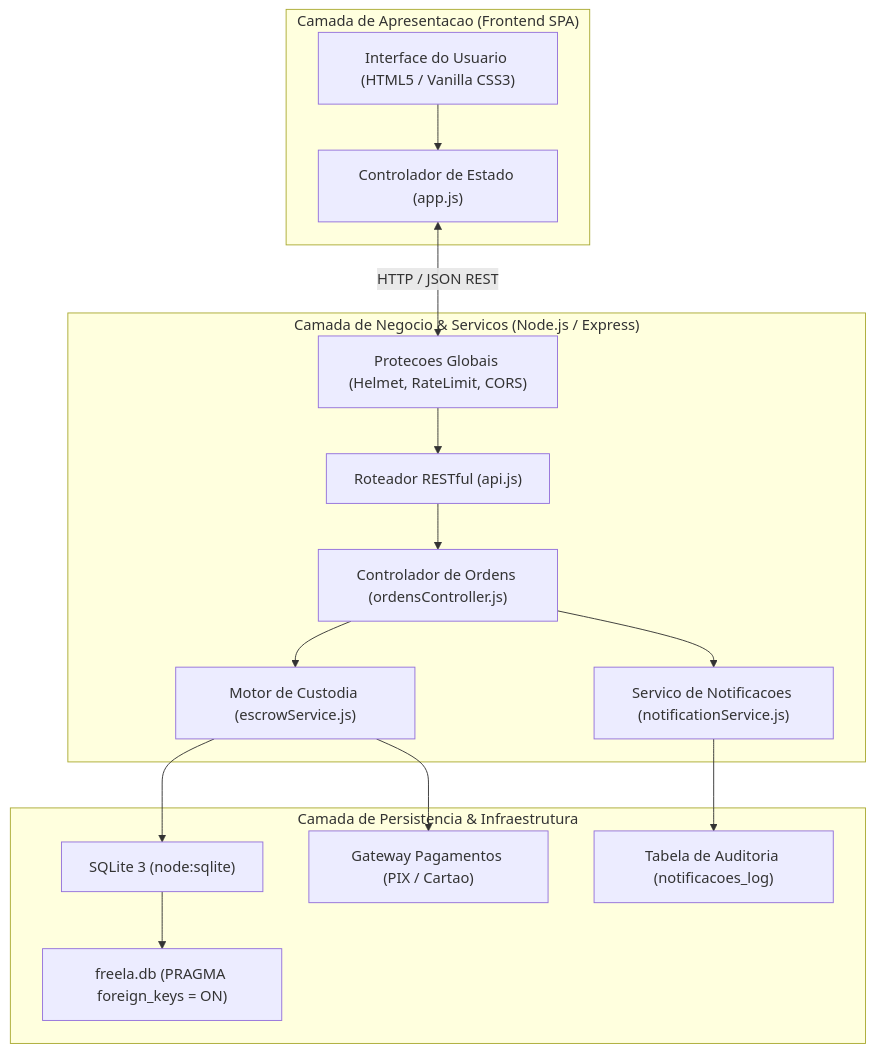
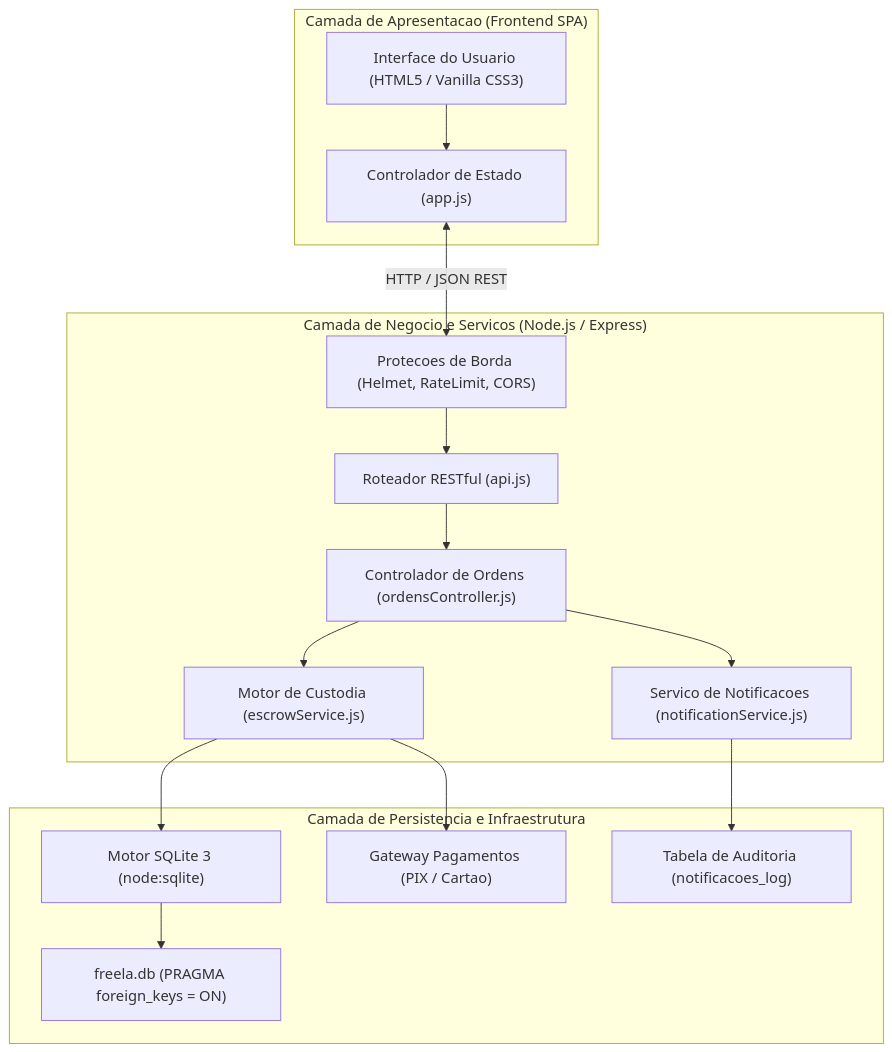
One commit to ViniMSimoes/freela changed the diagram in docs/manual-tecnico-parcial.md. Above: the diagram before and after it, drawn with Mermaid. The commit also changed other lines of this file and 3 other files, not shown here.

````diff
--- a/docs/manual-tecnico-parcial.md
+++ b/docs/manual-tecnico-parcial.md
@@ -32,35 +40,35 @@
 ```mermaid
 flowchart TD
     subgraph Apresentacao ["Camada de Apresentacao (Frontend SPA)"]
         UI["Interface do Usuario (HTML5 / Vanilla CSS3)"]
         StateController["Controlador de Estado (app.js)"]
         UI --> StateController
     end
 
-    subgraph Backend ["Camada de Negocio & Servicos (Node.js / Express)"]
-        Security["Protecoes Globais (Helmet, RateLimit, CORS)"]
+    subgraph Backend ["Camada de Negocio e Servicos (Node.js / Express)"]
+        Security["Protecoes de Borda (Helmet, RateLimit, CORS)"]
         APIRoutes["Roteador RESTful (api.js)"]
         OrdensCtrl["Controlador de Ordens (ordensController.js)"]
         EscrowEngine["Motor de Custodia (escrowService.js)"]
         NotifService["Servico de Notificacoes (notificationService.js)"]
         
         Security --> APIRoutes
         APIRoutes --> OrdensCtrl
         OrdensCtrl --> EscrowEngine
         OrdensCtrl --> NotifService
     end
 
-    subgraph Persistencia ["Camada de Persistencia & Infraestrutura"]
-        SQLiteEngine["SQLite 3 (node:sqlite)"]
+    subgraph Persistencia ["Camada de Persistencia e Infraestrutura"]
+        SQLiteEngine["Motor SQLite 3 (node:sqlite)"]
         DBFile["freela.db (PRAGMA foreign_keys = ON)"]
         GatewaySim["Gateway Pagamentos (PIX / Cartao)"]
         LogNotif["Tabela de Auditoria (notificacoes_log)"]
 
         EscrowEngine --> SQLiteEngine
         EscrowEngine --> GatewaySim
         NotifService --> LogNotif
         SQLiteEngine --> DBFile
     end
 
     StateController <-->|"HTTP / JSON REST"| Security
 ```
````
